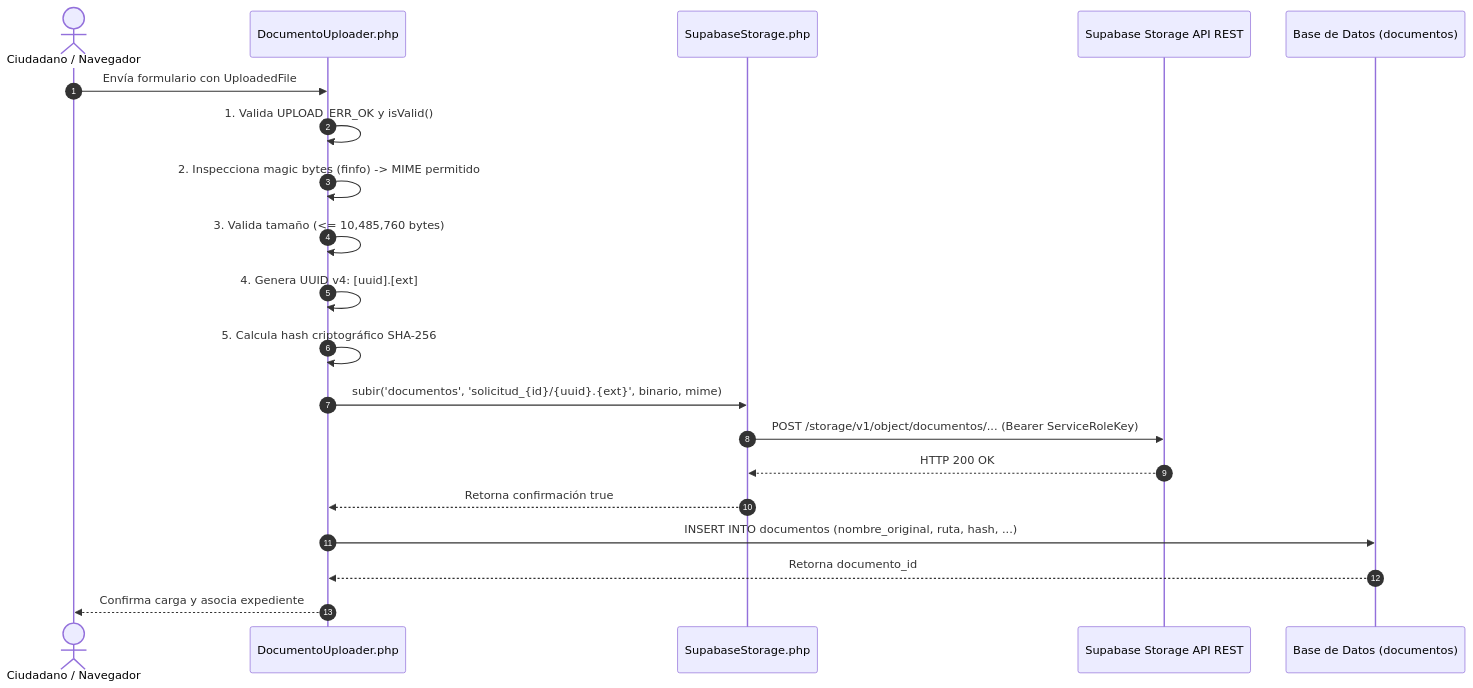
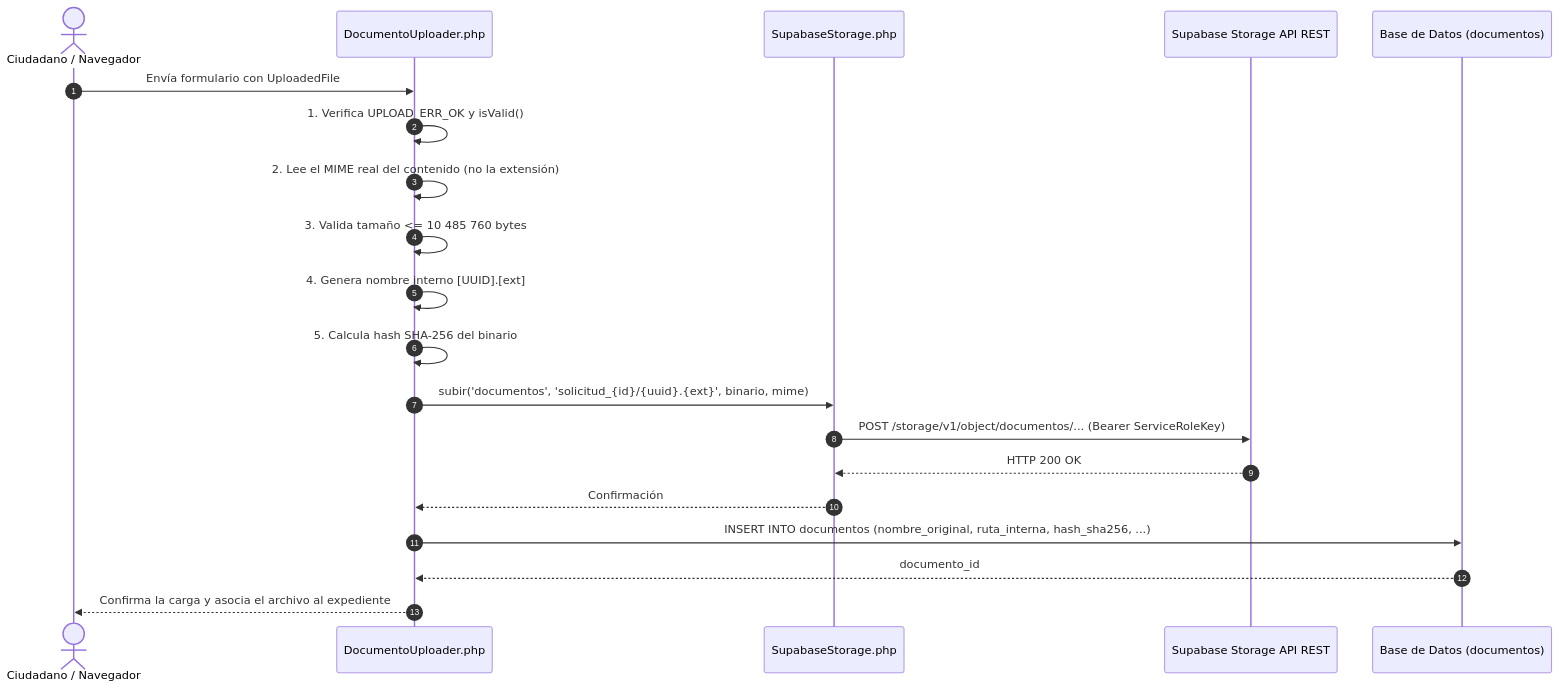
One commit to soportealoraapp/App-Residencias-Ventanilla changed the fifth of 5 diagrams in DOC_PORTAL_PANEL.md. Above: the diagram before and after it, drawn with Mermaid. The commit also changed other lines of this file and 4 other files, not shown here.

````diff
--- a/DOC_PORTAL_PANEL.md
+++ b/DOC_PORTAL_PANEL.md
@@ -373,23 +2768,23 @@
 ```mermaid
 sequenceDiagram
     autonumber
     actor C as Ciudadano / Navegador
     participant U as DocumentoUploader.php
     participant STG as SupabaseStorage.php
     participant API as Supabase Storage API REST
     participant DB as Base de Datos (documentos)
 
     C->>U: Envía formulario con UploadedFile
-    U->>U: 1. Valida UPLOAD_ERR_OK y isValid()
-    U->>U: 2. Inspecciona magic bytes (finfo) -> MIME permitido
-    U->>U: 3. Valida tamaño (<= 10,485,760 bytes)
-    U->>U: 4. Genera UUID v4: [uuid].[ext]
-    U->>U: 5. Calcula hash criptográfico SHA-256
+    U->>U: 1. Verifica UPLOAD_ERR_OK y isValid()
+    U->>U: 2. Lee el MIME real del contenido (no la extensión)
+    U->>U: 3. Valida tamaño <= 10 485 760 bytes
+    U->>U: 4. Genera nombre interno [UUID].[ext]
+    U->>U: 5. Calcula hash SHA-256 del binario
     U->>STG: subir('documentos', 'solicitud_{id}/{uuid}.{ext}', binario, mime)
     STG->>API: POST /storage/v1/object/documentos/... (Bearer ServiceRoleKey)
     API-->>STG: HTTP 200 OK
-    STG-->>U: Retorna confirmación true
-    U->>DB: INSERT INTO documentos (nombre_original, ruta, hash, ...)
-    DB-->>U: Retorna documento_id
-    U-->>C: Confirma carga y asocia expediente
+    STG-->>U: Confirmación
+    U->>DB: INSERT INTO documentos (nombre_original, ruta_interna, hash_sha256, ...)
+    DB-->>U: documento_id
+    U-->>C: Confirma la carga y asocia el archivo al expediente
 ```
````
